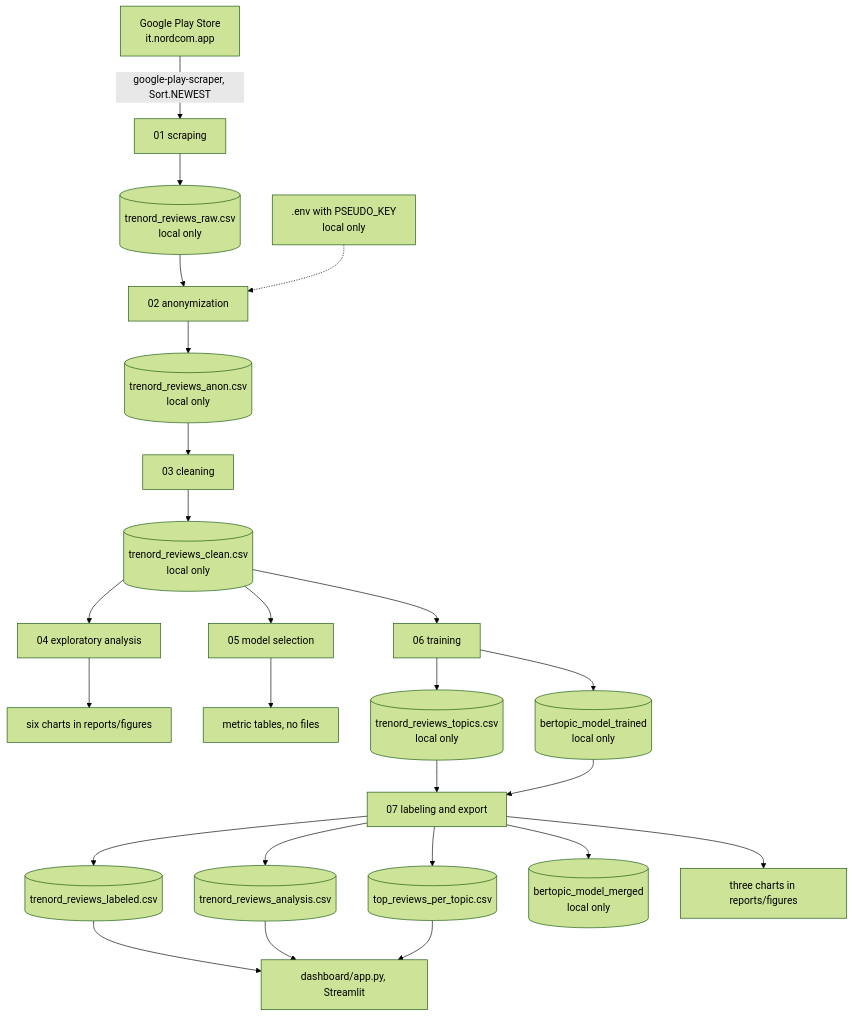
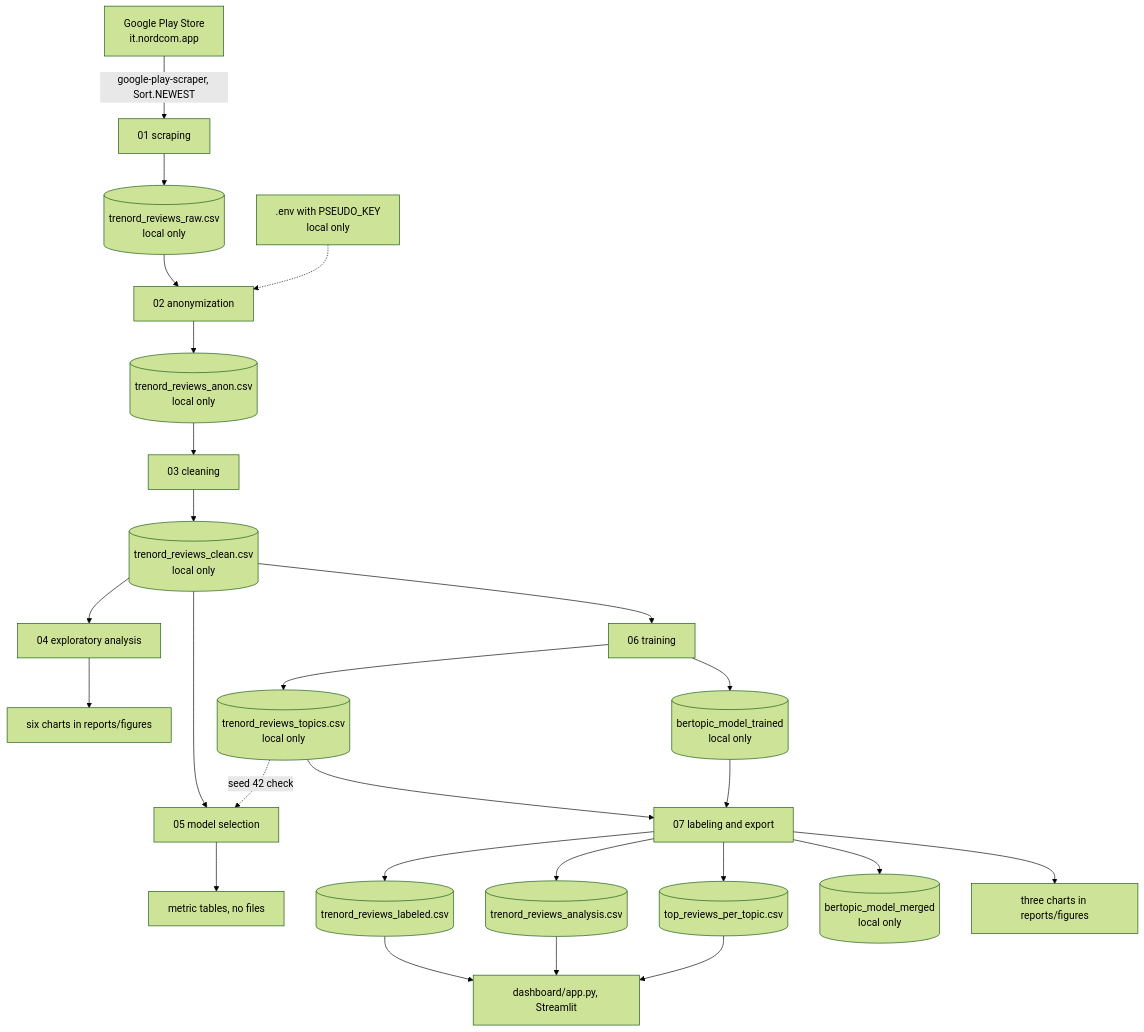
Before and after one commit to paolotroia-datavizlab/trenord-reviews-bertopic: the diagram in docs/architecture.md, drawn with Mermaid (forest theme). The commit also changed other lines of this file and 3 other files, not shown here.

Commit message:
Add duplicate check to 03 and min_samples, seed, embedding model and keyword comparisons to 05

````diff
--- a/docs/architecture.md
+++ b/docs/architecture.md
@@ -33,27 +33,28 @@
 ```mermaid
 flowchart TD
     PS["Google Play Store<br/>it.nordcom.app"] -->|"google-play-scraper, Sort.NEWEST"| N01["01 scraping"]
     N01 --> RAW[("trenord_reviews_raw.csv<br/>local only")]
     RAW --> N02["02 anonymization"]
     ENV[".env with PSEUDO_KEY<br/>local only"] -.-> N02
     N02 --> ANON[("trenord_reviews_anon.csv<br/>local only")]
     ANON --> N03["03 cleaning"]
     N03 --> CLEAN[("trenord_reviews_clean.csv<br/>local only")]
     CLEAN --> N04["04 exploratory analysis"]
     N04 --> PNG["six charts in reports/figures"]
     CLEAN --> N05["05 model selection"]
     N05 --> TABLES["metric tables, no files"]
     CLEAN --> N06["06 training"]
     N06 --> TOPICS[("trenord_reviews_topics.csv<br/>local only")]
+    TOPICS -.->|"seed 42 check"| N05
     N06 --> MODEL[("bertopic_model_trained<br/>local only")]
     TOPICS --> N07["07 labeling and export"]
     MODEL --> N07
     N07 --> LAB[("trenord_reviews_labeled.csv")]
     N07 --> ANA[("trenord_reviews_analysis.csv")]
     N07 --> TOP[("top_reviews_per_topic.csv")]
     N07 --> FINAL[("bertopic_model_merged<br/>local only")]
     N07 --> PNG2["three charts in reports/figures"]
     LAB --> DASH["dashboard/app.py, Streamlit"]
     ANA --> DASH
     TOP --> DASH
 ```
````
